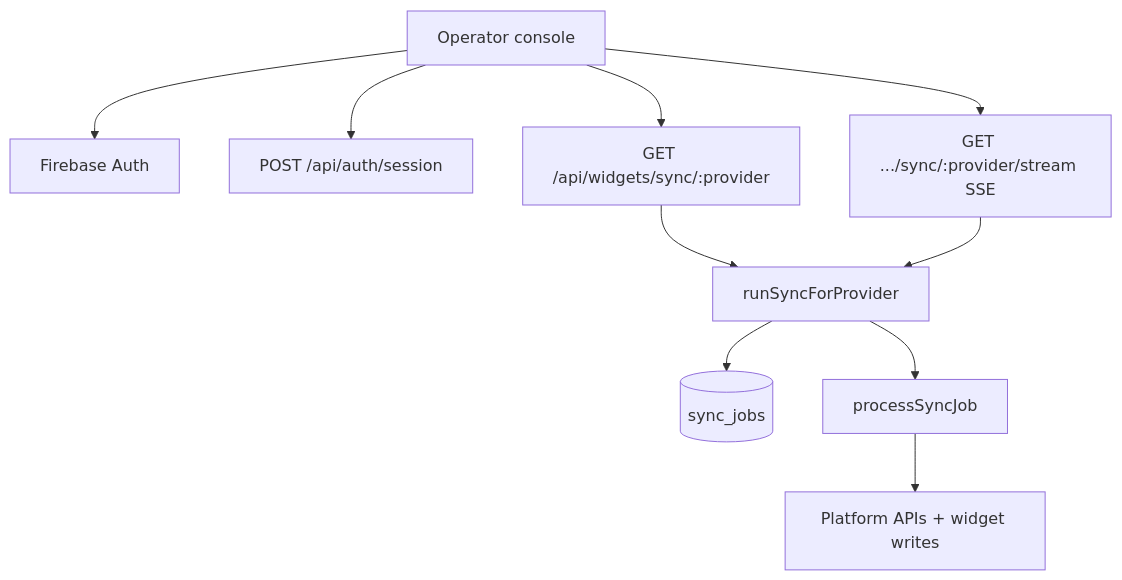
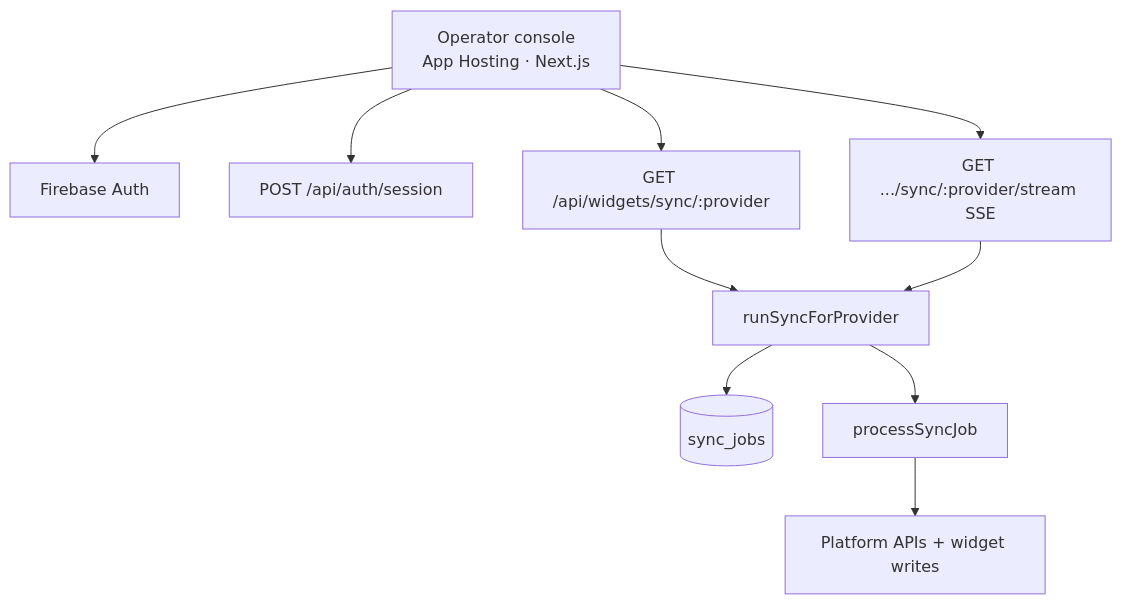
Before and after one commit to chrisvogt/metrics: the fourth of 4 diagrams in README.md, drawn with Mermaid. The commit also changed other lines of this file and 6 other files, not shown here.

First line of the commit message:
docs: App Hosting guide, README architecture, CI cleanup (#277)

````diff
--- a/README.md
+++ b/README.md
@@ -101,12 +117,12 @@
 ```mermaid
 flowchart TB
-  admin[Operator console] --> auth[Firebase Auth]
+  admin[Operator console<br/>App Hosting · Next.js] --> auth[Firebase Auth]
   admin --> sess[POST /api/auth/session]
   admin --> sync[GET /api/widgets/sync/:provider]
   admin --> stream[GET .../sync/:provider/stream SSE]
   sync --> fn[runSyncForProvider]
   stream --> fn
   fn --> q[(sync_jobs)]
   fn --> job[processSyncJob]
   job --> out[Platform APIs + widget writes]
 ```
````
